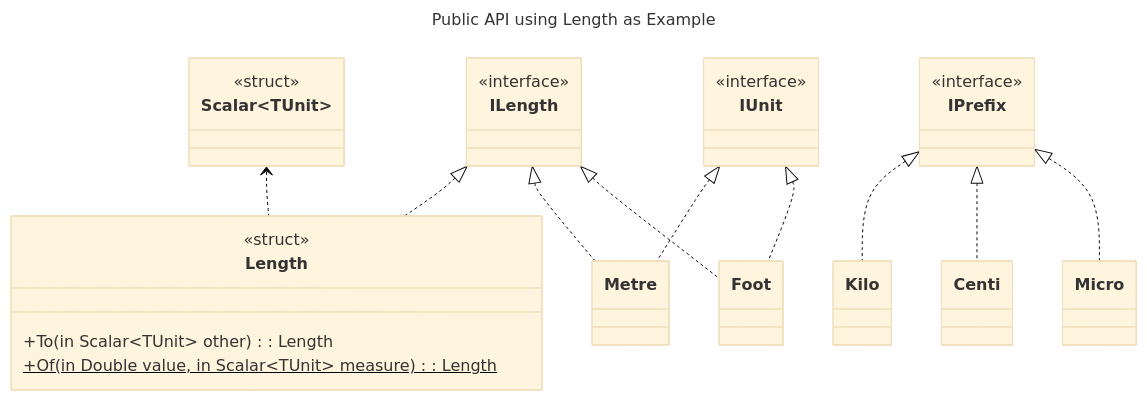
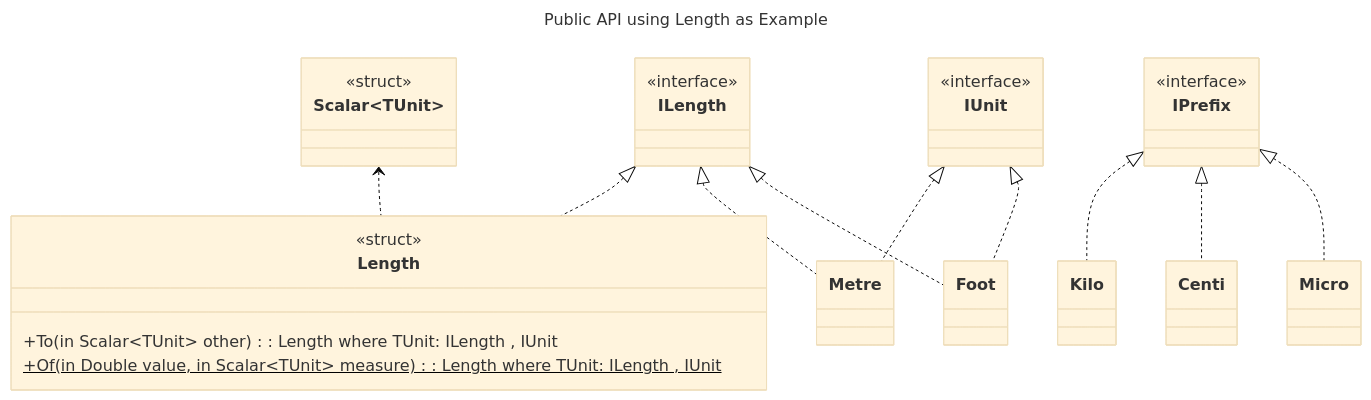
The first of 2 diagrams in documentation/Design.md (atmoos/Quantities), drawn with Mermaid (base theme) before and after one commit. The commit also changed other lines of this file and 2 other files, not shown here.

````diff
--- a/documentation/Design.md
+++ b/documentation/Design.md
@@ -120,32 +120,32 @@
 ```mermaid
 ---
 title: Public API using Length as Example
 ---
 classDiagram
     class Scalar~TUnit~{
         <<struct>>
     }
     class ILength{
         <<interface>>
     }
     class IPrefix{
         <<interface>>
     }
     class IUnit{
         <<interface>>
     }
     class Length{
         <<struct>>
-        +To(in Scalar~TUnit~ other): Length
-        +Of(in Double value, in Scalar~TUnit~ measure): Length$
+        +To(in Scalar~TUnit~ other): Length where TUnit: ILength , IUnit
+        +Of(in Double value, in Scalar~TUnit~ measure): Length where TUnit: ILength , IUnit $
     }
     Scalar <.. Length
     ILength <|.. Length
     IUnit <|.. Metre
     ILength <|.. Metre
     IUnit <|.. Foot
     ILength <|.. Foot
     IPrefix <|.. Kilo
     IPrefix <|.. Centi
     IPrefix <|.. Micro
 ```
````
